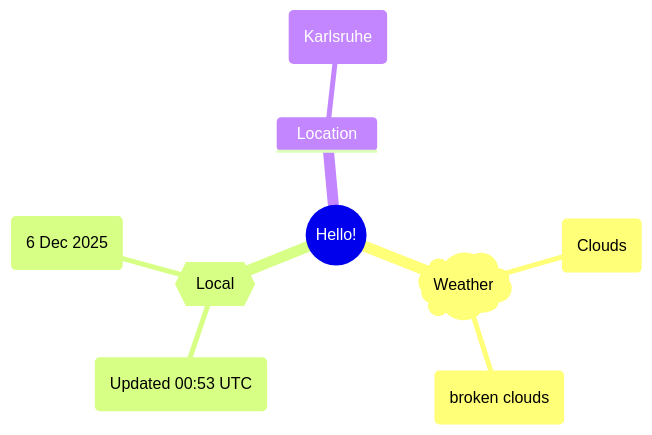
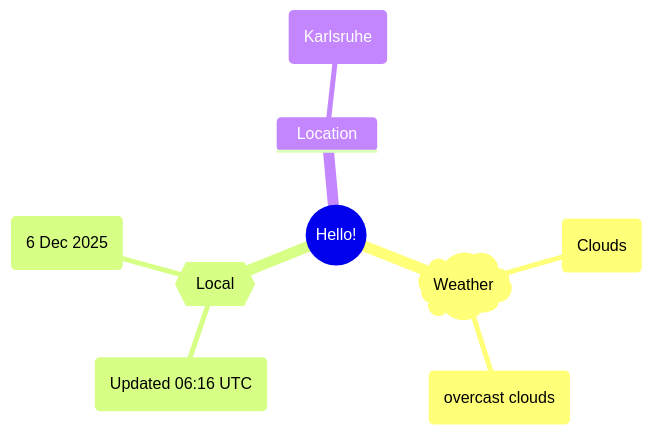
One commit to Xosrov/Xosrov changed the first of 2 diagrams in README.md. Above: the diagram before and after it, drawn with Mermaid.

Commit message:
[bot] updated images

````diff
--- a/README.md
+++ b/README.md
@@ -3,12 +3,12 @@
 ```mermaid
 mindmap
   root((Hello!))
     )Weather(
         (Clouds)
-        (broken clouds)
+        (overcast clouds)
     {{Local}}
-        (Updated 00:53 UTC)
+        (Updated 06:16 UTC)
         (6 Dec 2025)
     Location
         (Karlsruhe)
 ```
````
